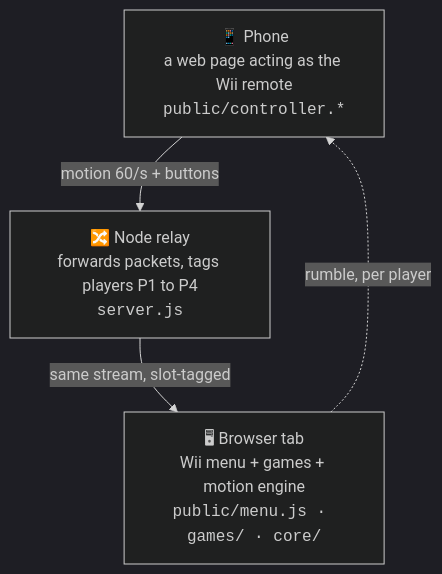
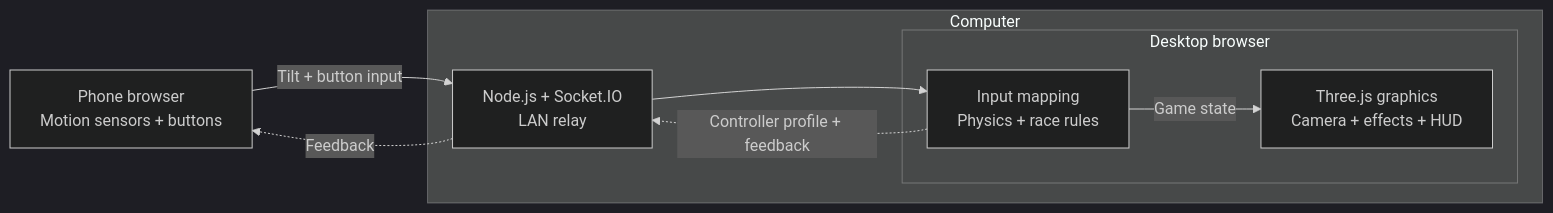
Before and after one commit to binemugha/freewii: the diagram in README.md, drawn with Mermaid (dark theme). The commit also changed other lines of this file and 19 other files, not shown here.

````diff
--- a/README.md
+++ b/README.md
@@ -42,9 +164,16 @@
 ```mermaid
-flowchart TD
-    phone["📱 Phone<br/>a web page acting as the Wii remote<br/><code>public/controller.*</code>"]
-    relay["🔀 Node relay<br/>forwards packets, tags players P1 to P4<br/><code>server.js</code>"]
-    browser["🖥 Browser tab<br/>Wii menu + games + motion engine<br/><code>public/menu.js · games/ · core/</code>"]
-    phone -- "motion 60/s + buttons" --> relay
-    relay -- "same stream, slot-tagged" --> browser
-    browser -. "rumble, per player" .-> phone
+flowchart LR
+    phone["Phone browser<br/>Motion sensors + buttons"]
+    subgraph Computer
+        relay["Node.js + Socket.IO<br/>LAN relay"]
+        subgraph Game["Desktop browser"]
+            logic["Input mapping<br/>Physics + race rules"]
+            graphics["Three.js graphics<br/>Camera + effects + HUD"]
+        end
+    end
+    phone -->|"Tilt + button input"| relay
+    relay --> logic
+    logic -->|"Game state"| graphics
+    logic -. "Controller profile + feedback" .-> relay
+    relay -. "Feedback" .-> phone
 ```
````
